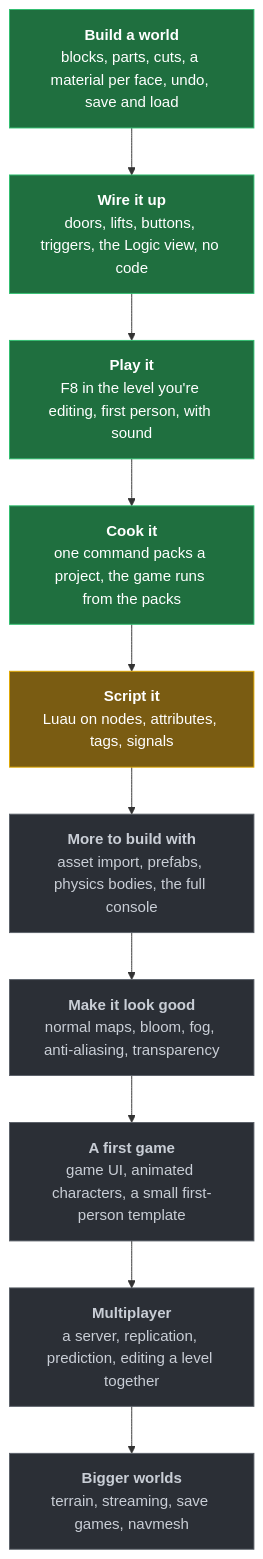
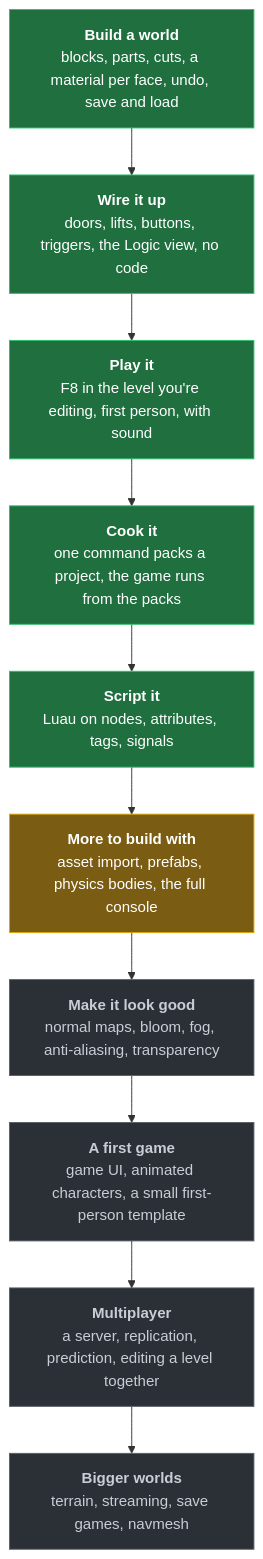
One commit to Davicloud-NET/Spectra changed the diagram in README.md. Above: the diagram before and after it, drawn with Mermaid. The commit also changed other lines of this file and 1 other file, not shown here.

Commit message:
README and roadmap: scripting is in

````diff
--- a/README.md
+++ b/README.md
@@ -75,23 +76,23 @@
 ```mermaid
 flowchart TD
     build["<b>Build a world</b><br/>blocks, parts, cuts, a material per face, undo, save and load"]
     wire["<b>Wire it up</b><br/>doors, lifts, buttons, triggers, the Logic view, no code"]
     play["<b>Play it</b><br/>F8 in the level you're editing, first person, with sound"]
     cook["<b>Cook it</b><br/>one command packs a project, the game runs from the packs"]
     script["<b>Script it</b><br/>Luau on nodes, attributes, tags, signals"]
     more["<b>More to build with</b><br/>asset import, prefabs, physics bodies, the full console"]
     look["<b>Make it look good</b><br/>normal maps, bloom, fog, anti-aliasing, transparency"]
     game["<b>A first game</b><br/>game UI, animated characters, a small first-person template"]
     net["<b>Multiplayer</b><br/>a server, replication, prediction, editing a level together"]
     world["<b>Bigger worlds</b><br/>terrain, streaming, save games, navmesh"]
 
     build --> wire --> play --> cook --> script --> more --> look --> game --> net --> world
 
     classDef done fill:#1f6f3f,stroke:#2fbf6f,color:#fff
     classDef next fill:#7a5c12,stroke:#e0a800,color:#fff
     classDef todo fill:#2b2f36,stroke:#5a6068,color:#c9ced6
 
-    class build,wire,play,cook done
-    class script next
-    class more,look,game,net,world todo
+    class build,wire,play,cook,script done
+    class more next
+    class look,game,net,world todo
 ```
````
